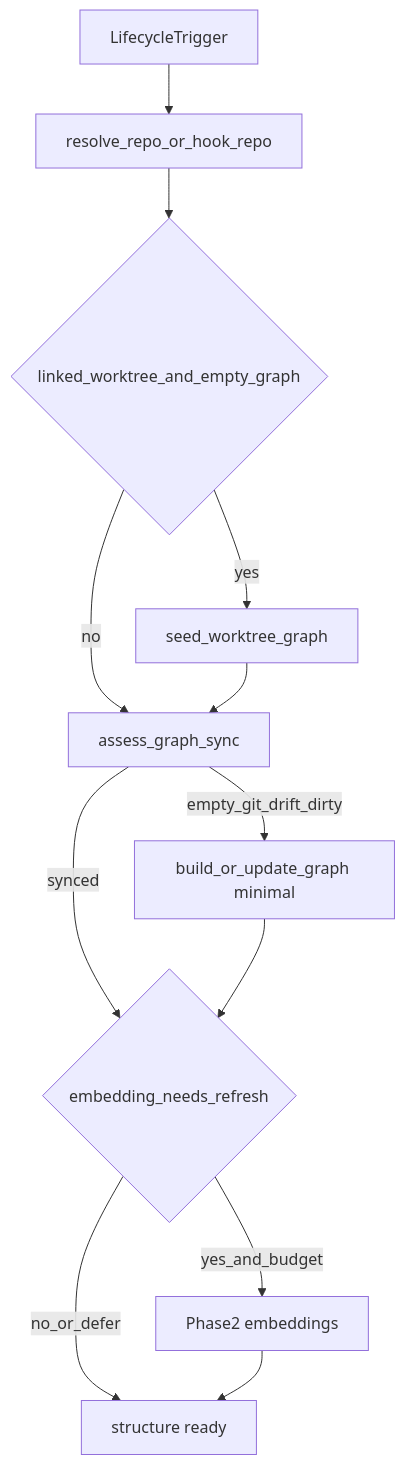
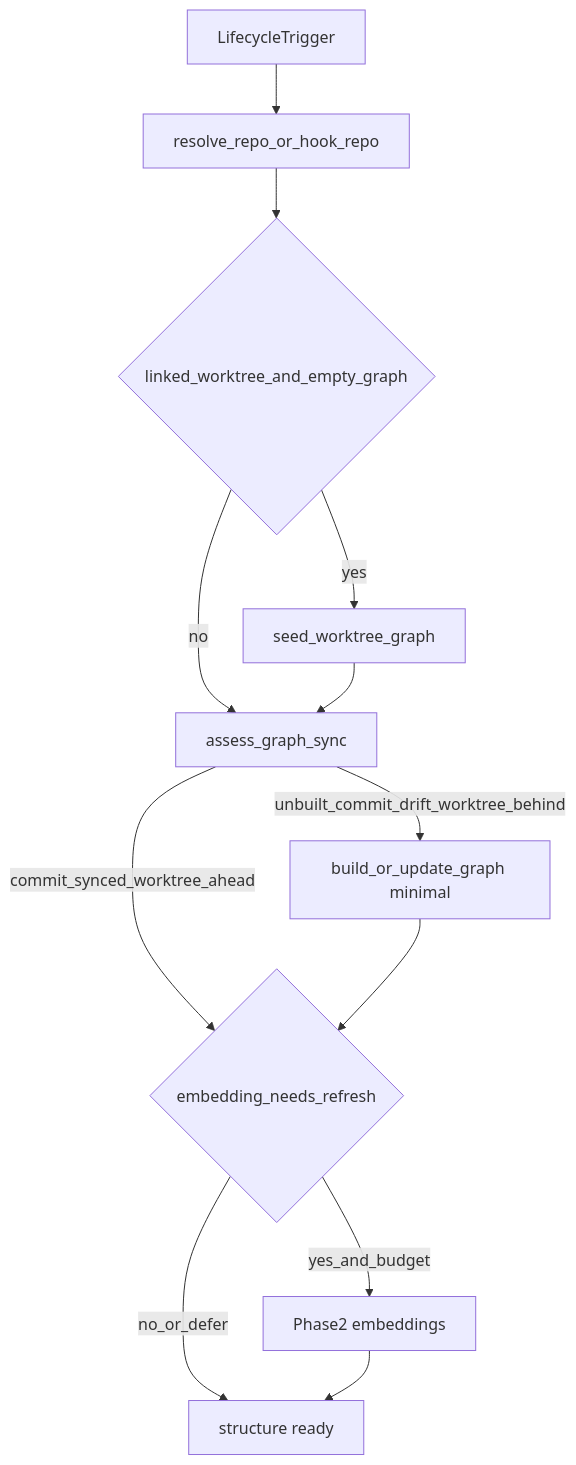
The diagram in docs/SESSION-GRAPH-FRESHNESS.md (manji-0/dagayn), drawn with Mermaid before and after one commit. The commit also changed other lines of this file and 7 other files, not shown here.

First line of the commit message:
refactor(sync): model graph freshness as a GraphSyncState union

````diff
--- a/docs/SESSION-GRAPH-FRESHNESS.md
+++ b/docs/SESSION-GRAPH-FRESHNESS.md
@@ -63,14 +87,14 @@
 ```mermaid
 flowchart TD
   trigger[LifecycleTrigger] --> resolve[resolve_repo_or_hook_repo]
   resolve --> seed{linked_worktree_and_empty_graph}
   seed -->|yes| seedGraph[seed_worktree_graph]
   seed -->|no| assess[assess_graph_sync]
   seedGraph --> assess
-  assess -->|empty_git_drift_dirty| structure[build_or_update_graph minimal]
-  assess -->|synced| embedCheck{embedding_needs_refresh}
+  assess -->|unbuilt_commit_drift_worktree_behind| structure[build_or_update_graph minimal]
+  assess -->|commit_synced_worktree_ahead| embedCheck{embedding_needs_refresh}
   structure --> embedCheck
   embedCheck -->|yes_and_budget| embed[Phase2 embeddings]
   embedCheck -->|no_or_defer| ready[structure ready]
   embed --> ready
 ```
````
